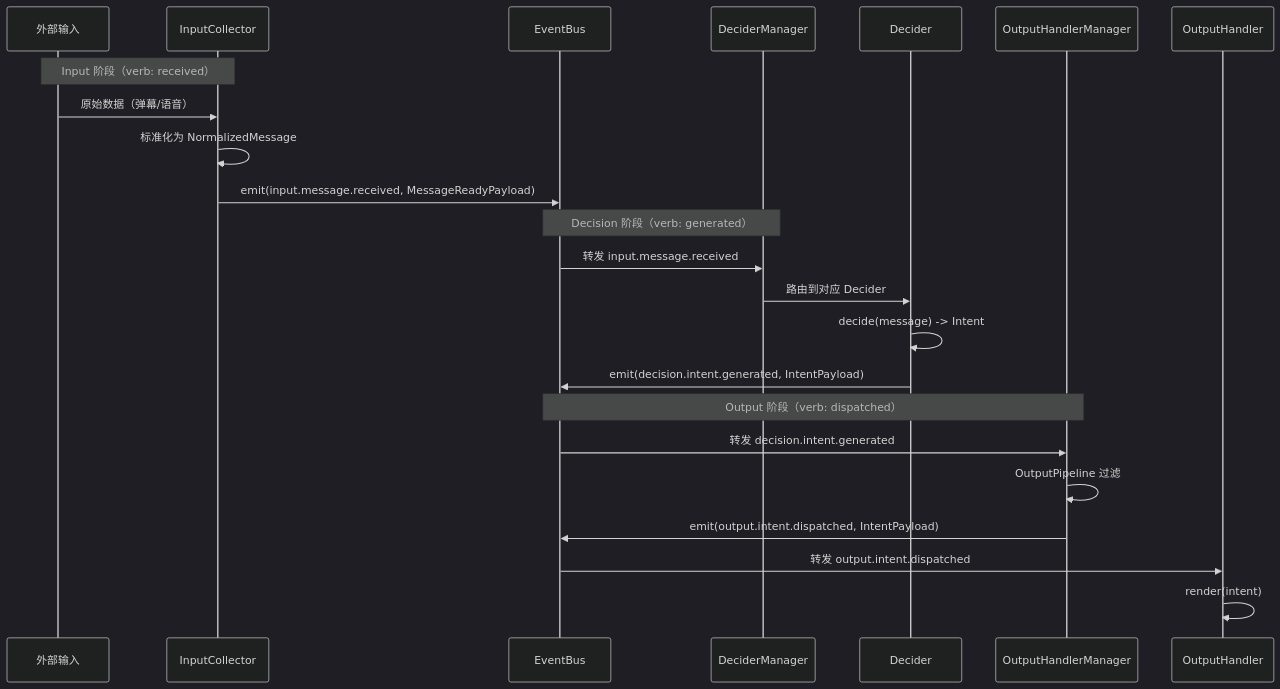
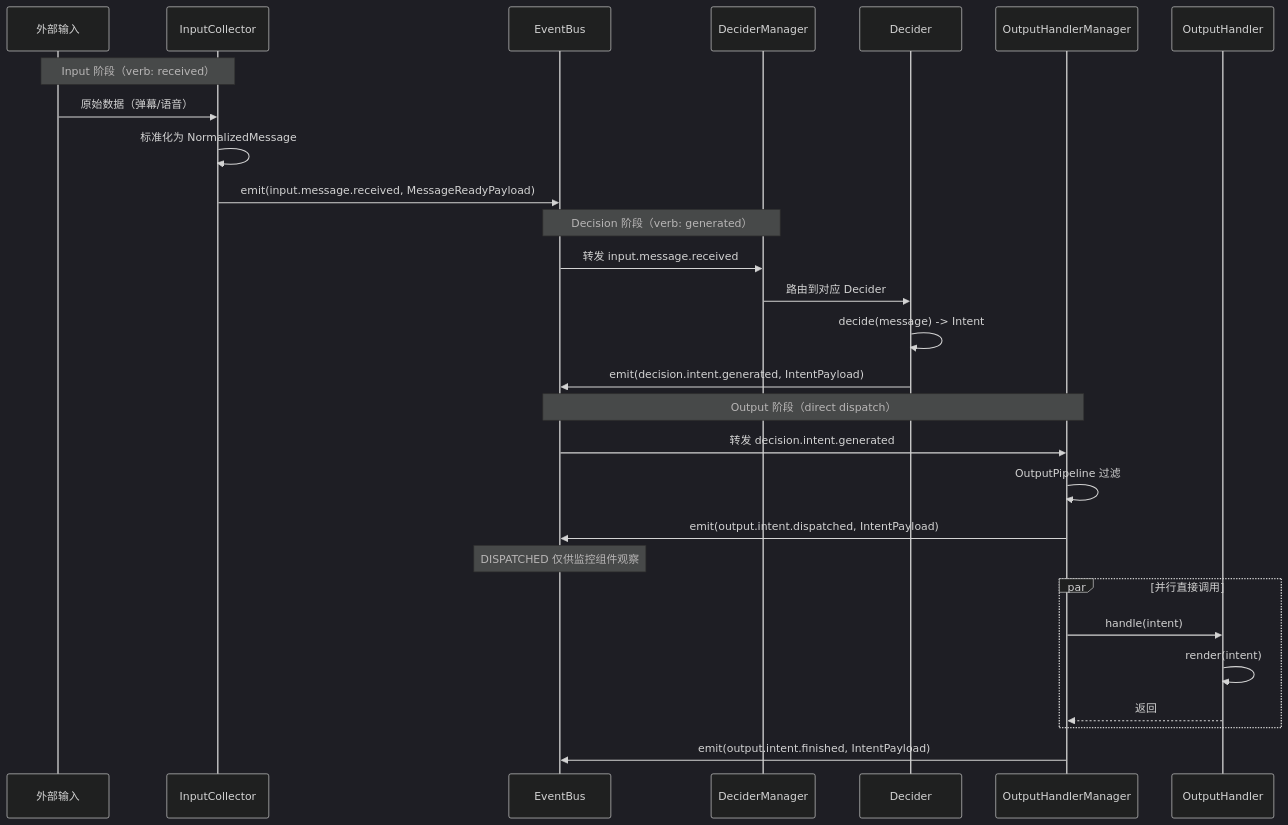
Before and after one commit to Mai-with-u/Amaidesu: the third of 5 diagrams in docs/architecture/data-flow.md, drawn with Mermaid (dark theme). The commit also changed other lines of this file and 26 other files, not shown here.

````diff
--- a/docs/architecture/data-flow.md
+++ b/docs/architecture/data-flow.md
@@ -658,32 +611,36 @@
 ```mermaid
 sequenceDiagram
     participant Ext as 外部输入
     participant IP as InputCollector
     participant EB as EventBus
     participant DM as DeciderManager
     participant DP as Decider
     participant OPM as OutputHandlerManager
     participant OP as OutputHandler
 
     Note over Ext,IP: Input 阶段（verb: received）
 
     Ext->>IP: 原始数据（弹幕/语音）
     IP->>IP: 标准化为 NormalizedMessage
     IP->>EB: emit(input.message.received, MessageReadyPayload)
 
     Note over DM,EB: Decision 阶段（verb: generated）
 
     EB->>DM: 转发 input.message.received
     DM->>DP: 路由到对应 Decider
     DP->>DP: decide(message) -> Intent
     DP->>EB: emit(decision.intent.generated, IntentPayload)
 
-    Note over OPM,EB: Output 阶段（verb: dispatched）
+    Note over OPM,EB: Output 阶段（direct dispatch）
 
     EB->>OPM: 转发 decision.intent.generated
     OPM->>OPM: OutputPipeline 过滤
     OPM->>EB: emit(output.intent.dispatched, IntentPayload)
-
-    EB->>OP: 转发 output.intent.dispatched
-    OP->>OP: render(intent)
+    Note over EB: DISPATCHED 仅供监控组件观察
+    par 并行直接调用
+        OPM->>OP: handle(intent)
+        OP->>OP: render(intent)
+        OP-->>OPM: 返回
+    end
+    OPM->>EB: emit(output.intent.finished, IntentPayload)
 ```
````
